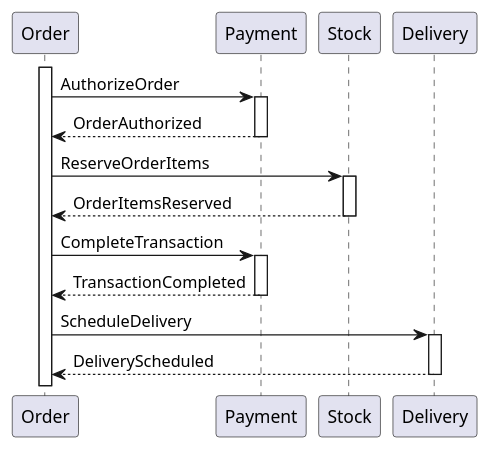
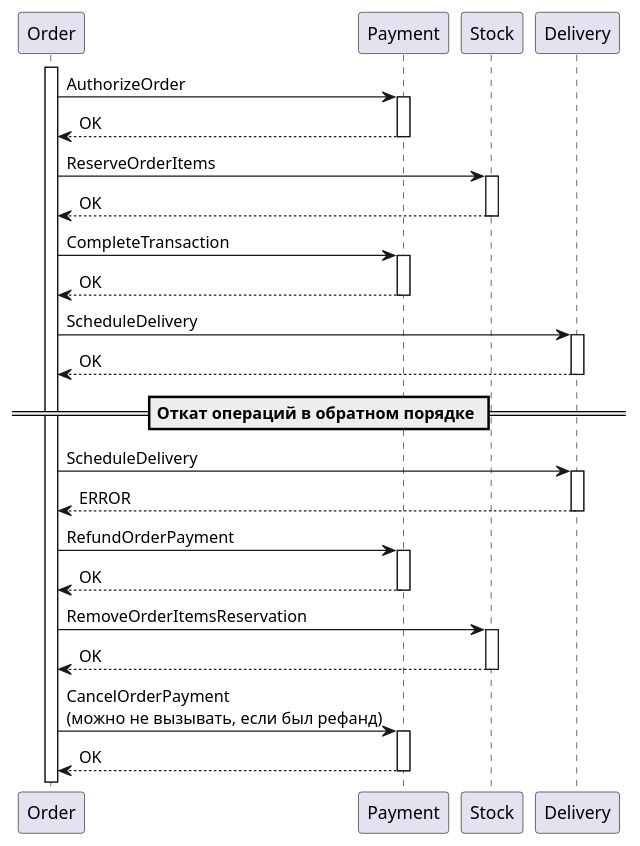
Before and after one commit to klwxsrx/arch-course-labs: the diagram in 09-saga/docs/purchase.puml, drawn with PlantUML. The commit also changed 5 other files, not shown here.

```diff
--- a/09-saga/docs/purchase.puml
+++ b/09-saga/docs/purchase.puml
@@ -1,29 +1,55 @@
 @startuml
 
 activate Order
 
 Order -> Payment: AuthorizeOrder
 activate Payment
 
-Order <-- Payment: OrderAuthorized
+Order <-- Payment: OK
 deactivate Payment
 
 Order -> Stock: ReserveOrderItems
 activate Stock
 
-Order <-- Stock: OrderItemsReserved
+Order <-- Stock: OK
 deactivate Stock
 
 Order -> Payment: CompleteTransaction
 activate Payment
 
-Order <-- Payment: TransactionCompleted
+Order <-- Payment: OK
 deactivate Payment
 
 Order -> Delivery: ScheduleDelivery
 activate Delivery
 
-Order <-- Delivery: DeliveryScheduled
+Order <-- Delivery: OK
 deactivate Delivery
 
+== Откат операций в обратном порядке ==
+
+Order -> Delivery: ScheduleDelivery
+activate Delivery
+
+Order <-- Delivery: ERROR
+deactivate Delivery
+
+Order -> Payment: RefundOrderPayment
+activate Payment
+
+Order <-- Payment: OK
+deactivate Payment
+
+Order -> Stock: RemoveOrderItemsReservation
+activate Stock
+
+Order <-- Stock: OK
+deactivate Stock
+
+Order -> Payment: CancelOrderPayment\n(можно не вызывать, если был рефанд)
+activate Payment
+
+Order <-- Payment: OK
+deactivate Payment
+
 @enduml
```
